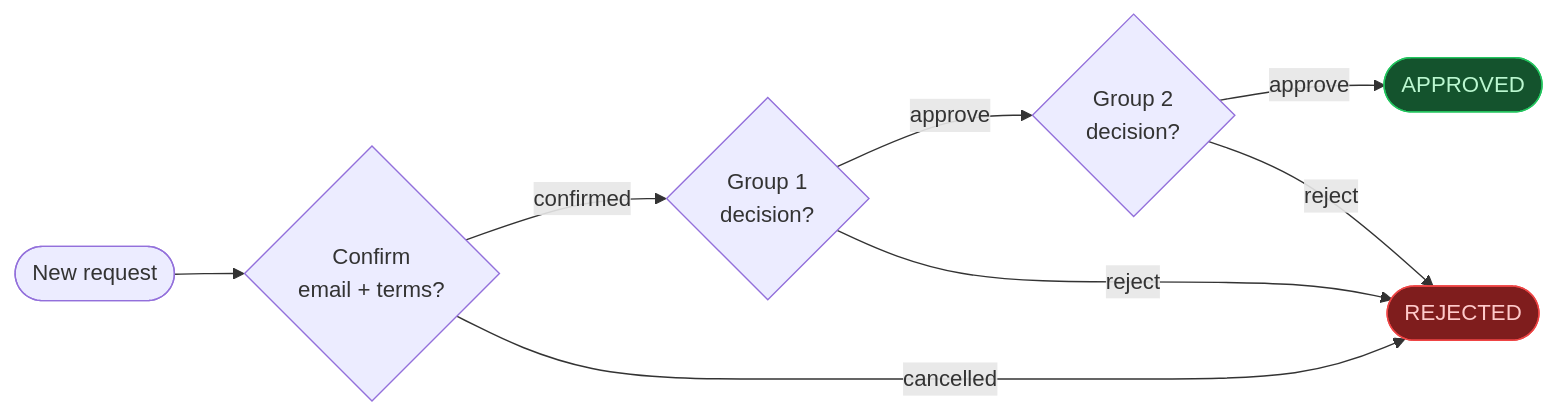
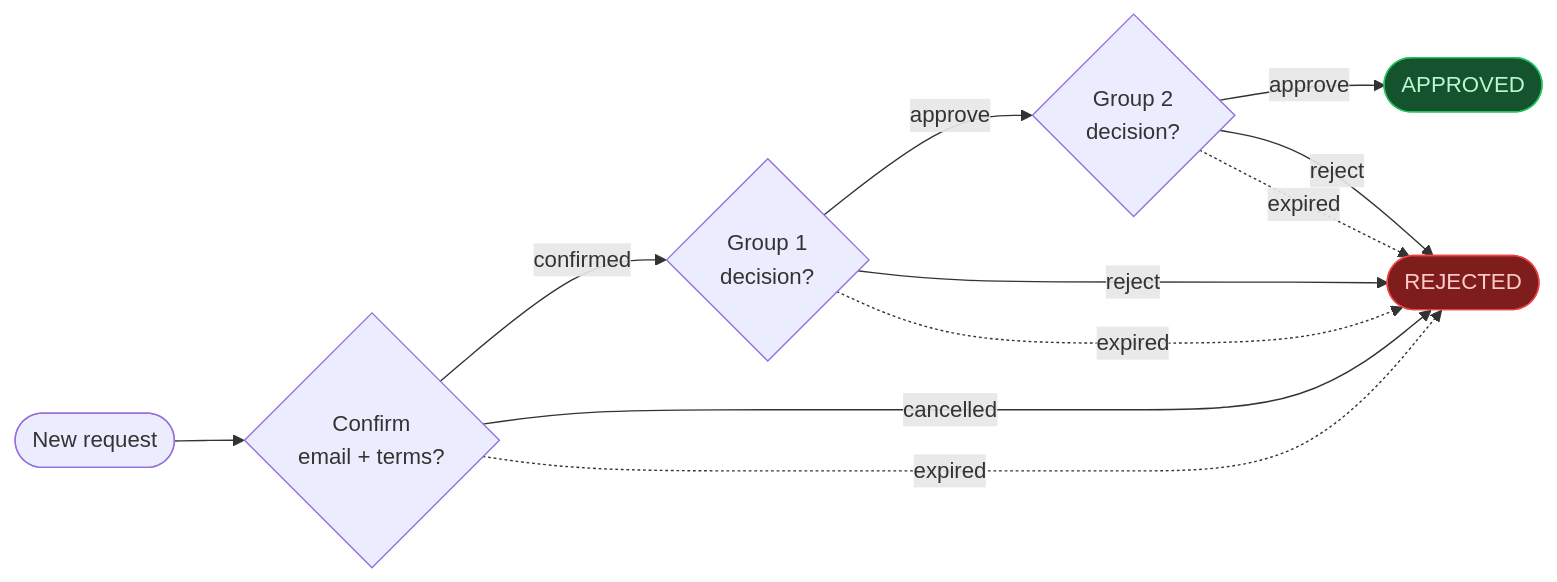
Before and after one commit to mattmeye/quarkus-flow-example: the first of 5 diagrams in README.md, drawn with Mermaid. The commit also changed other lines of this file, not shown here.

First line of the commit message:
docs: surface task expiration in the high-level flow diagrams

````diff
--- a/README.md
+++ b/README.md
@@ -16,15 +20,18 @@
 ```mermaid
 flowchart LR
     Start([New request]) --> Conf{Confirm<br/>email + terms?}
     Conf -- confirmed --> G1{Group 1<br/>decision?}
     Conf -- cancelled --> Rej([REJECTED])
+    Conf -. expired .-> Rej
     G1 -- approve --> G2{Group 2<br/>decision?}
     G1 -- reject --> Rej
+    G1 -. expired .-> Rej
     G2 -- approve --> Appr([APPROVED])
     G2 -- reject --> Rej
+    G2 -. expired .-> Rej
 
     classDef terminal fill:#14532d,stroke:#22c55e,color:#bbf7d0
     classDef reject   fill:#7f1d1d,stroke:#ef4444,color:#fecaca
     class Appr terminal
     class Rej reject
 ```
````
